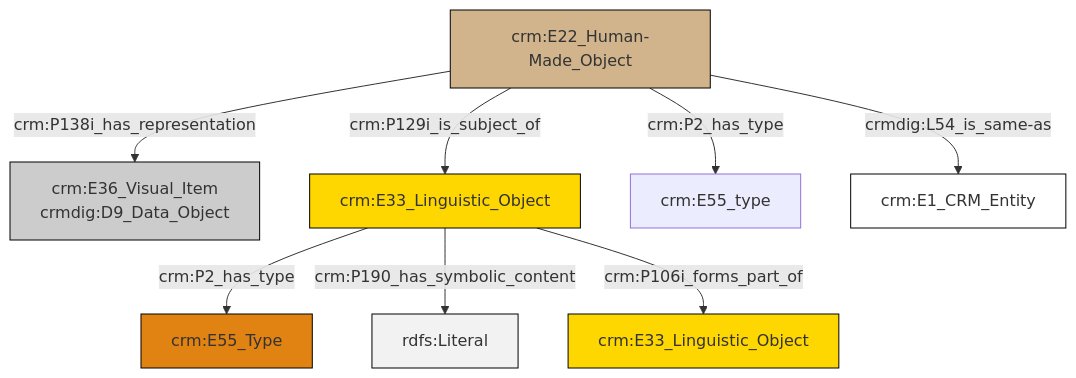
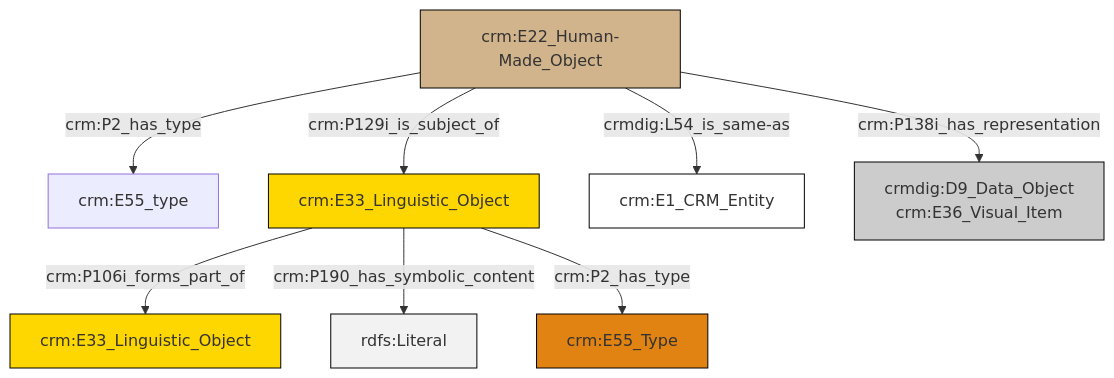
One commit to swiss-art-research-net/docs.swissartresearch changed the diagram in et/artworkCSV/ttl/mmd/Artwork_Documentation.ttl.mmd. Above: the diagram before and after it, drawn with Mermaid. The commit also changed 205 other files, not shown here.

```diff
--- a/et/artworkCSV/ttl/mmd/Artwork_Documentation.ttl.mmd
+++ b/et/artworkCSV/ttl/mmd/Artwork_Documentation.ttl.mmd
@@ -1,22 +1,22 @@
 graph TD
 classDef Literal fill:#f2f2f2,stroke:#000000;
 classDef CRM_Entity fill:#FFFFFF,stroke:#000000;
 classDef Temporal_Entity fill:#00C9E6, stroke:#000000;
 classDef Type fill:#E18312, stroke:#000000;
 classDef Time-Span fill:#2C9C91, stroke:#000000;
 classDef Appellation fill:#FFEB7F, stroke:#000000;
 classDef Place fill:#008836, stroke:#000000;
 classDef Persistent_Item fill:#B266B2, stroke:#000000;
 classDef Conceptual_Object fill:#FFD700, stroke:#000000;
 classDef Physical_Thing fill:#D2B48C, stroke:#000000;
 classDef Actor fill:#f58aad, stroke:#000000;
 classDef PC_Classes fill:#4ce600, stroke:#000000;
 classDef Multi fill:#cccccc,stroke:#000000;
 
-2["crm:E22_Human-Made_Object"]:::Physical_Thing -->|crm:P138i_has_representation| 0["crm:E36_Visual_Item<br>crmdig:D9_Data_Object"]:::Multi
-2["crm:E22_Human-Made_Object"]:::Physical_Thing -->|crm:P129i_is_subject_of| 3["crm:E33_Linguistic_Object"]:::Conceptual_Object
-3["crm:E33_Linguistic_Object"]:::Conceptual_Object -->|crm:P2_has_type| 4["crm:E55_Type"]:::Type
-3["crm:E33_Linguistic_Object"]:::Conceptual_Object -->|crm:P190_has_symbolic_content| 6[rdfs:Literal]:::Literal
-2["crm:E22_Human-Made_Object"]:::Physical_Thing -->|crmdig:L54_is_same-as| 11["crm:E1_CRM_Entity"]:::CRM_Entity
-2["crm:E22_Human-Made_Object"]:::Physical_Thing -->|crm:P2_has_type| 9["crm:E55_type"]:::Default
-3["crm:E33_Linguistic_Object"]:::Conceptual_Object -->|crm:P106i_forms_part_of| 7["crm:E33_Linguistic_Object"]:::Conceptual_Object
+2["crm:E33_Linguistic_Object"]:::Conceptual_Object -->|crm:P106i_forms_part_of| 4["crm:E33_Linguistic_Object"]:::Conceptual_Object
+7["crm:E22_Human-Made_Object"]:::Physical_Thing -->|crmdig:L54_is_same-as| 8["crm:E1_CRM_Entity"]:::CRM_Entity
+7["crm:E22_Human-Made_Object"]:::Physical_Thing -->|crm:P129i_is_subject_of| 2["crm:E33_Linguistic_Object"]:::Conceptual_Object
+7["crm:E22_Human-Made_Object"]:::Physical_Thing -->|crm:P138i_has_representation| 9["crmdig:D9_Data_Object<br>crm:E36_Visual_Item"]:::Multi
+2["crm:E33_Linguistic_Object"]:::Conceptual_Object -->|crm:P190_has_symbolic_content| 10[rdfs:Literal]:::Literal
+7["crm:E22_Human-Made_Object"]:::Physical_Thing -->|crm:P2_has_type| 0["crm:E55_type"]:::Default
+2["crm:E33_Linguistic_Object"]:::Conceptual_Object -->|crm:P2_has_type| 5["crm:E55_Type"]:::Type
```
